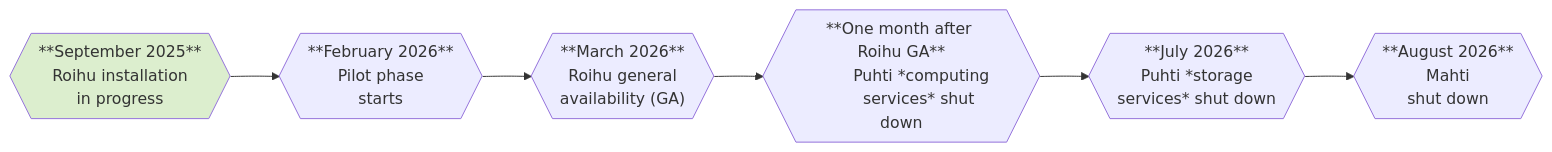
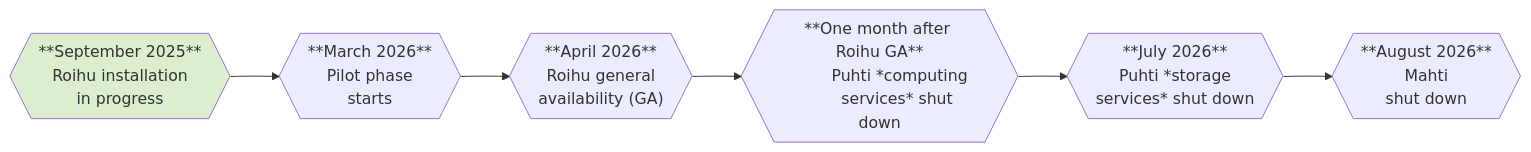
One commit to CSCfi/csc-user-guide changed the diagram in docs/computing/systems-roihu.md. Above: the diagram before and after it, drawn with Mermaid. The commit also changed other lines of this file, not shown here.

Commit message:
Roihu schedule update

````diff
--- a/docs/computing/systems-roihu.md
+++ b/docs/computing/systems-roihu.md
@@ -11,22 +11,22 @@
 ```mermaid
 graph LR;
     A{{"**September 2025**
         Roihu installation
         in progress"}} --> B;
-    B{{"**February 2026**
+    B{{"**March 2026**
         Pilot phase
         starts"}} --> C;
-    C{{"**March 2026**
+    C{{"**April 2026**
         Roihu general
         availability (GA)"}} --> D;
     D{{"**One month after Roihu GA**
         Puhti *computing
         services* shut down"}} --> E;
     E{{"**July 2026**
         Puhti *storage
         services* shut down"}} --> F;
     F{{"**August 2026**
         Mahti
         shut down"}}
     style A fill:#dceeceff;
 ```
````
